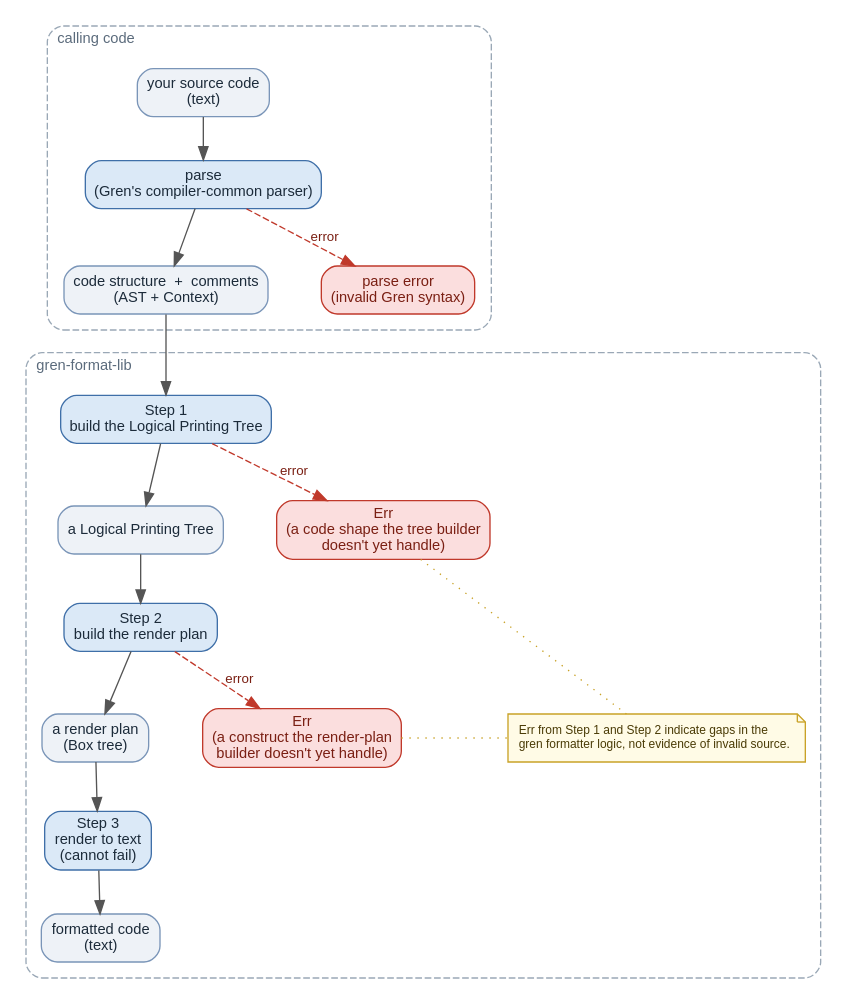
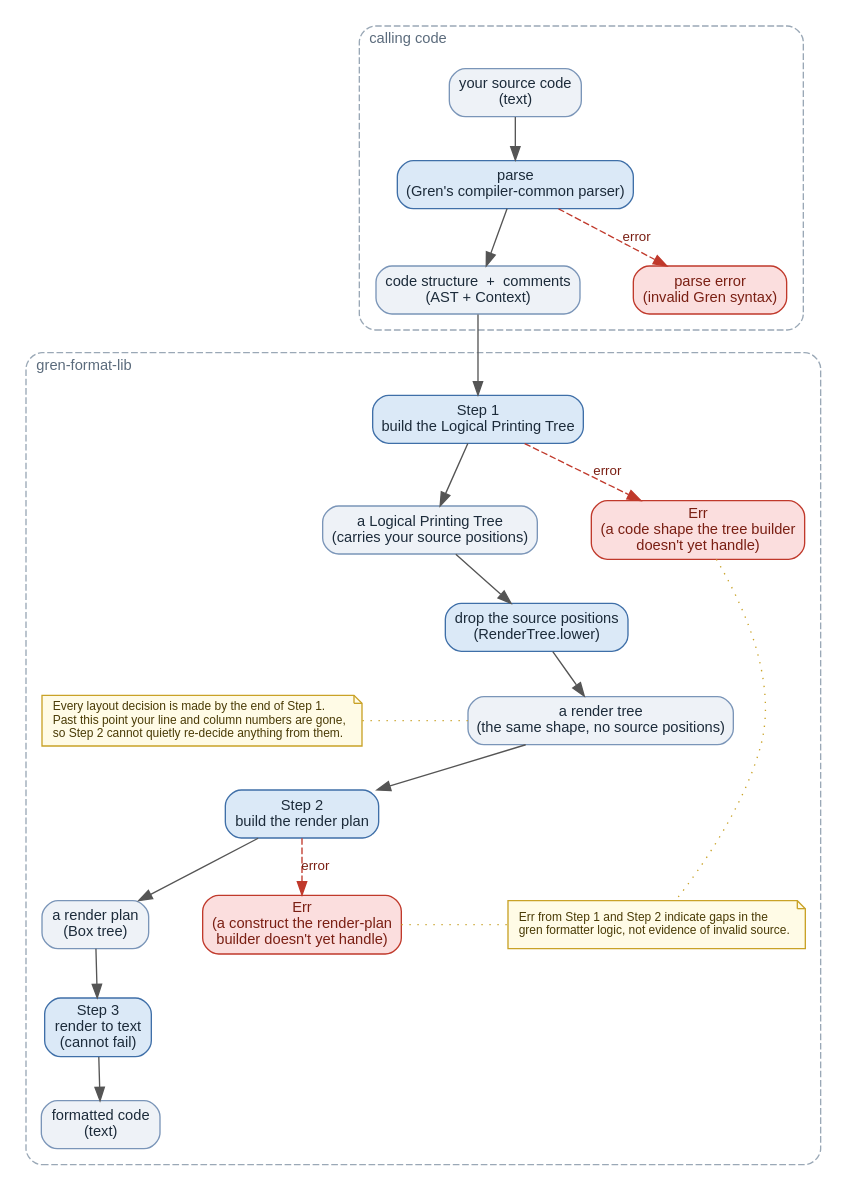
One commit to gilramir/gren-format-lib changed the diagram in docs/diagrams/formatter-pipeline.dot. Above: the diagram before and after it, drawn with Graphviz. The commit also changed 14 other files, not shown here.

```diff
--- a/docs/diagrams/formatter-pipeline.dot
+++ b/docs/diagrams/formatter-pipeline.dot
@@ -1,84 +1,91 @@
 digraph FormatterPipeline {
     rankdir=TB;
     bgcolor="white";
     fontname="Helvetica,Arial,sans-serif";
     fontsize=12;
     ranksep=0.45;
     nodesep=0.55;
     compound=true;
 
     node [fontname="Helvetica,Arial,sans-serif", fontsize=11];
     edge [fontname="Helvetica,Arial,sans-serif", fontsize=10, color="#555555"];
 
     // ---- What the calling code does before prettyPrint -------------------
     subgraph cluster_caller {
         label="calling code";
         labeljust=l;
         fontsize=11;
         fontcolor="#5b6b7c";
         style="dashed,rounded";
         color="#9aa8b6";
         margin=12;
 
         node [shape=box, style="rounded,filled", fillcolor="#eef2f7", color="#7a95b8", fontcolor="#1c2b3a"];
         source [label="your source code\n(text)"];
         astCtx [label="code structure  +  comments\n(AST + Context)"];
 
         node [shape=box, style="rounded,filled", fillcolor="#dbe9f7", color="#3f6fa8", fontcolor="#1c2b3a"];
         parse [label="parse\n(Gren's compiler-common parser)"];
 
         node [shape=box, style="rounded,filled", fillcolor="#fbdede", color="#c0392b", fontcolor="#7a1f13"];
         parseFail [label="parse error\n(invalid Gren syntax)"];
 
         { rank=same; astCtx; parseFail }
     }
 
     // ---- What this library does (Formatter.prettyPrint) ------------------
     subgraph cluster_lib {
         label="gren-format-lib";
         labeljust=l;
         fontsize=11;
         fontcolor="#5b6b7c";
         style="dashed,rounded";
         color="#9aa8b6";
         margin=12;
 
         node [shape=box, style="rounded,filled", fillcolor="#eef2f7", color="#7a95b8", fontcolor="#1c2b3a"];
-        lpt        [label="a Logical Printing Tree"];
+        lpt        [label="a Logical Printing Tree\n(carries your source positions)"];
+        renderTree [label="a render tree\n(the same shape, no source positions)"];
         renderPlan [label="a render plan\n(Box tree)"];
         formatted  [label="formatted code\n(text)"];
 
         node [shape=box, style="rounded,filled", fillcolor="#dbe9f7", color="#3f6fa8", fontcolor="#1c2b3a"];
         step1 [label="Step 1\nbuild the Logical Printing Tree"];
+        lower [label="drop the source positions\n(RenderTree.lower)"];
         step2 [label="Step 2\nbuild the render plan"];
         step3 [label="Step 3\nrender to text\n(cannot fail)"];
 
         node [shape=box, style="rounded,filled", fillcolor="#fbdede", color="#c0392b", fontcolor="#7a1f13"];
         step1Fail [label="Err\n(a code shape the tree builder\ndoesn't yet handle)"];
         step2Fail [label="Err\n(a construct the render-plan\nbuilder doesn't yet handle)"];
 
         node [shape=note, style=filled, fillcolor="#fffbe6", color="#c9a227", fontcolor="#4a3b06", fontsize=9];
         errNote [label="Err from Step 1 and Step 2 indicate gaps in the\lgren formatter logic, not evidence of invalid source.\l"];
+        barrierNote [label="Every layout decision is made by the end of Step 1.\lPast this point your line and column numbers are gone,\lso Step 2 cannot quietly re-decide anything from them.\l"];
 
         { rank=same; lpt; step1Fail }
+        { rank=same; renderTree; barrierNote }
         { rank=same; renderPlan; step2Fail; errNote }
     }
 
     // Main flow
     source -> parse;
     parse  -> astCtx;
     astCtx -> step1;
     step1  -> lpt;
-    lpt    -> step2;
+    lpt    -> lower;
+    lower  -> renderTree;
+    renderTree -> step2;
     step2  -> renderPlan;
     renderPlan -> step3;
     step3  -> formatted;
 
     // Error branches
     parse -> parseFail [style=dashed, color="#c0392b", fontcolor="#7a1f13", label="error"];
     step1 -> step1Fail [style=dashed, color="#c0392b", fontcolor="#7a1f13", label="error"];
     step2 -> step2Fail [style=dashed, color="#c0392b", fontcolor="#7a1f13", label="error"];
 
     step1Fail -> errNote [style=dotted, arrowhead=none, color="#c9a227", constraint=false];
     step2Fail -> errNote [style=dotted, arrowhead=none, color="#c9a227", constraint=false];
+    renderTree -> barrierNote [style=dotted, arrowhead=none, color="#c9a227", constraint=false];
 }
```
